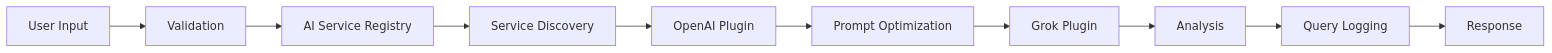
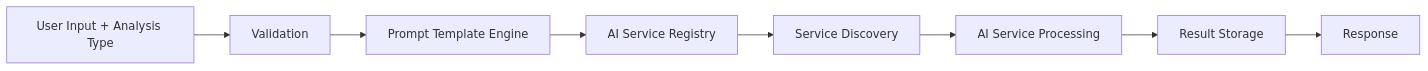
Before and after one commit to GhostRobo-MAG/PluginMind-: the first of 2 diagrams in README.md, drawn with Mermaid. The commit also changed other lines of this file and 47 other files, not shown here.

First line of the commit message:
feat: Complete PluginMind transformation - Generic AI processing platform

````diff
--- a/README.md
+++ b/README.md
@@ -265,12 +272,10 @@
 ```mermaid
 graph LR
-    A[User Input] --> B[Validation]
-    B --> C[AI Service Registry]
-    C --> D[Service Discovery]
-    D --> E[OpenAI Plugin]
-    E --> F[Prompt Optimization]
-    F --> G[Grok Plugin]
-    G --> H[Analysis]
-    H --> I[Query Logging]
-    I --> J[Response]
+    A[User Input + Analysis Type] --> B[Validation]
+    B --> C[Prompt Template Engine]
+    C --> D[AI Service Registry]
+    D --> E[Service Discovery]
+    E --> F[AI Service Processing]
+    F --> G[Result Storage]
+    G --> H[Response]
 ```
````
